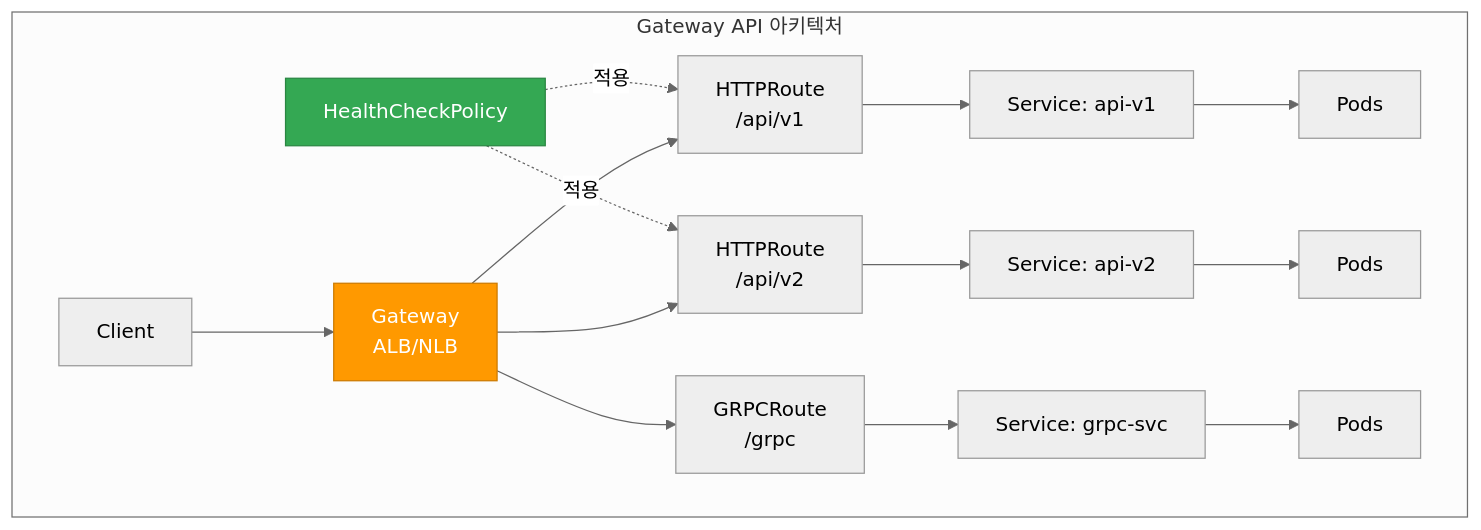
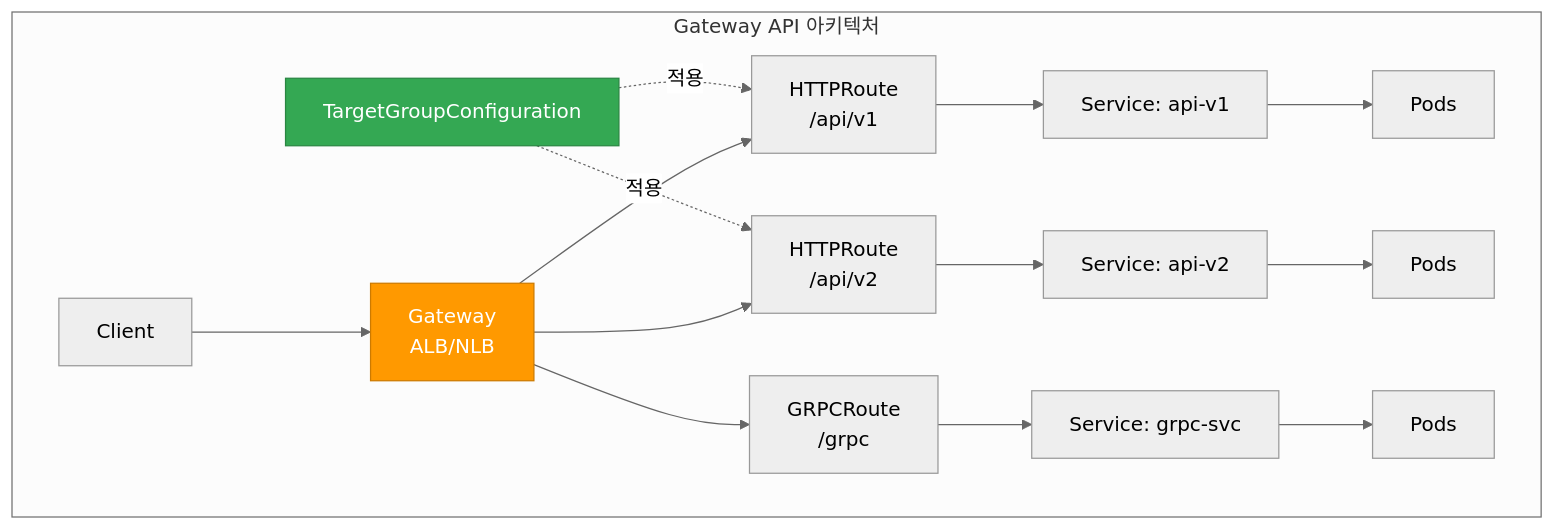
The second of 2 diagrams in i18n/ko/docusaurus-plugin-content-docs/current/eks-best-practices/operations-reliability/pod-lifecycle/probe-load-balancers.md (devfloor9/engineering-playbook), drawn with Mermaid (neutral theme) before and after one commit. The commit also changed other lines of this file and 5 other files, not shown here.

````diff
--- a/i18n/ko/docusaurus-plugin-content-docs/current/eks-best-practices/operations-reliability/pod-lifecycle/probe-load-balancers.md
+++ b/i18n/ko/docusaurus-plugin-content-docs/current/eks-best-practices/operations-reliability/pod-lifecycle/probe-load-balancers.md
@@ -179,23 +186,23 @@
 ```mermaid
 flowchart TB
     subgraph "Gateway API 아키텍처"
         Client[Client] --> Gateway[Gateway<br/>ALB/NLB]
         Gateway --> HTTPRoute1[HTTPRoute<br/>/api/v1]
         Gateway --> HTTPRoute2[HTTPRoute<br/>/api/v2]
         Gateway --> GRPCRoute[GRPCRoute<br/>/grpc]
 
         HTTPRoute1 --> Service1[Service: api-v1]
         HTTPRoute2 --> Service2[Service: api-v2]
         GRPCRoute --> Service3[Service: grpc-svc]
 
         Service1 --> Pod1[Pods]
         Service2 --> Pod2[Pods]
         Service3 --> Pod3[Pods]
 
-        Policy[HealthCheckPolicy] -.->|적용| HTTPRoute1
+        Policy[TargetGroupConfiguration] -.->|적용| HTTPRoute1
         Policy -.->|적용| HTTPRoute2
     end
 
     style Gateway fill:#ff9900,stroke:#cc7a00,color:#fff
     style Policy fill:#34a853,stroke:#2a8642,color:#fff
 ```
````
